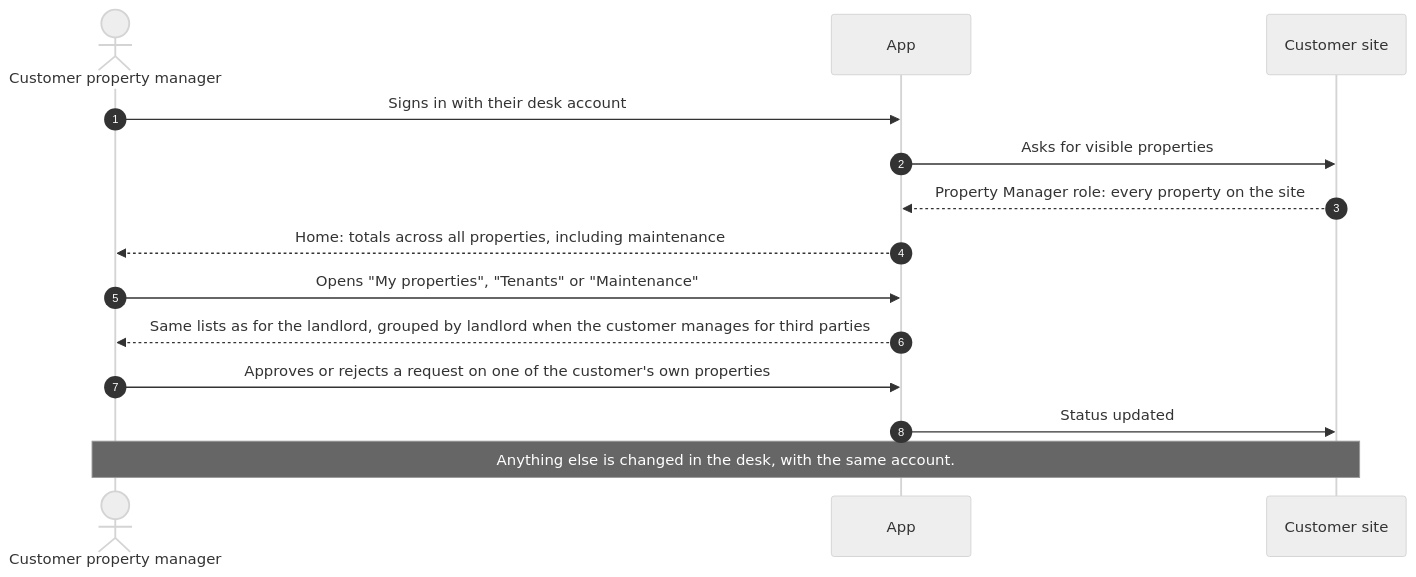
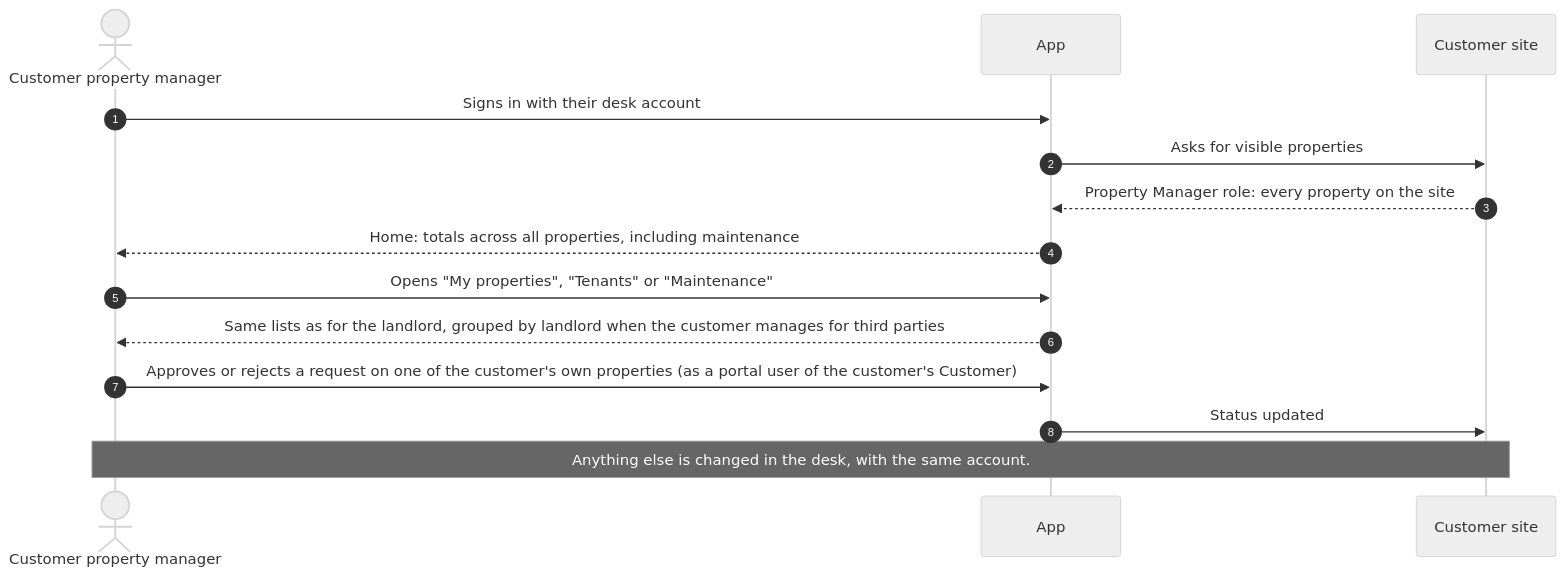
One commit to skyengpro/skyeng_immo changed the sixth of 7 diagrams in doc/app-usage-flows-immo.md. Above: the diagram before and after it, drawn with Mermaid (neutral theme). The commit also changed other lines of this file and 5 other files, not shown here.

````diff
--- a/doc/app-usage-flows-immo.md
+++ b/doc/app-usage-flows-immo.md
@@ -193,17 +195,17 @@
 ```mermaid
 sequenceDiagram
     autonumber
     actor G as Customer property manager
     participant A as App
     participant D as Customer site
 
     G->>A: Signs in with their desk account
     A->>D: Asks for visible properties
     D-->>A: Property Manager role: every property on the site
     A-->>G: Home: totals across all properties, including maintenance
     G->>A: Opens "My properties", "Tenants" or "Maintenance"
     A-->>G: Same lists as for the landlord, grouped by landlord when the customer manages for third parties
-    G->>A: Approves or rejects a request on one of the customer's own properties
+    G->>A: Approves or rejects a request on one of the customer's own properties (as a portal user of the customer's Customer)
     A->>D: Status updated
     Note over G,D: Anything else is changed in the desk, with the same account.
 ```
````
